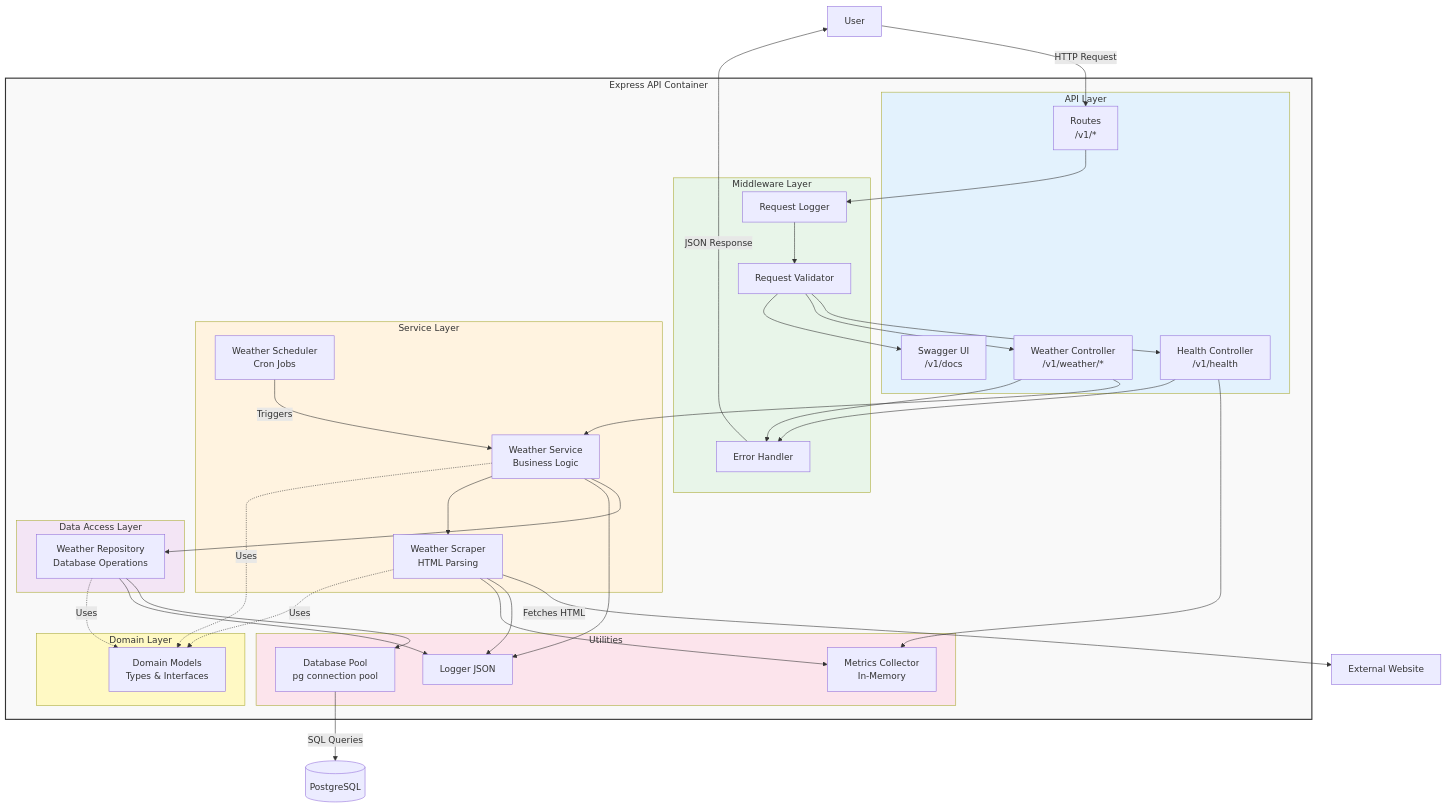
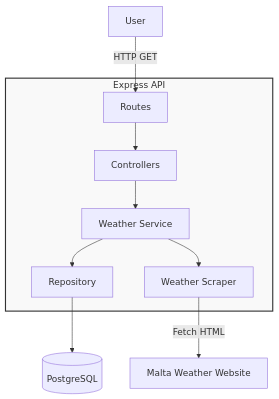
Before and after one commit to jeencs/Malta-weather-api: the diagram in docs/c4-component.md, drawn with Mermaid. The commit also changed other lines of this file, not shown here.

Commit message:
docs: simplify C4 component diagram documentation

````diff
--- a/docs/c4-component.md
+++ b/docs/c4-component.md
@@ -5,81 +5,25 @@
 ```mermaid
 graph TB
     User[User]
-    ExternalWebsite[External Website]
-    Database[(PostgreSQL)]
+    Website[Malta Weather Website]
+    DB[(PostgreSQL)]
     
-    subgraph ExpressAPIContainer[Express API Container]
-        subgraph Middleware[Middleware Layer]
-            RequestLogger[Request Logger]
-            ErrorHandler[Error Handler]
-            Validator[Request Validator]
-        end
-        
-        subgraph APILayer[API Layer]
-            Routes[Routes<br/>/v1/*]
-            HealthController[Health Controller<br/>/v1/health]
-            WeatherController[Weather Controller<br/>/v1/weather/*]
-            SwaggerUI[Swagger UI<br/>/v1/docs]
-        end
-        
-        subgraph ServiceLayer[Service Layer]
-            WeatherService[Weather Service<br/>Business Logic]
-            WeatherScheduler[Weather Scheduler<br/>Cron Jobs]
-            WeatherScraper[Weather Scraper<br/>HTML Parsing]
-        end
-        
-        subgraph DataLayer[Data Access Layer]
-            WeatherRepository[Weather Repository<br/>Database Operations]
-        end
-        
-        subgraph DomainLayer[Domain Layer]
-            DomainModels[Domain Models<br/>Types & Interfaces]
-        end
-        
-        subgraph UtilsLayer[Utilities]
-            Logger[Logger JSON]
-            Metrics[Metrics Collector<br/>In-Memory]
-            DBPool[Database Pool<br/>pg connection pool]
-        end
+    subgraph API[Express API]
+        Routes[Routes]
+        Controllers[Controllers]
+        Service[Weather Service]
+        Scraper[Weather Scraper]
+        Repository[Repository]
     end
     
-    User -->|HTTP Request| Routes
-    Routes --> RequestLogger
-    RequestLogger --> Validator
-    Validator --> HealthController
-    Validator --> WeatherController
-    Validator --> SwaggerUI
+    User -->|HTTP GET| Routes
+    Routes --> Controllers
+    Controllers --> Service
+    Service --> Repository
+    Repository --> DB
     
-   
-    HealthController --> Metrics
-    WeatherController --> WeatherService
+    Service --> Scraper
+    Scraper -->|Fetch HTML| Website
     
-    WeatherService --> WeatherRepository
-    WeatherService --> Logger
-    
-    WeatherScheduler -->|Triggers| WeatherService
-    WeatherService --> WeatherScraper
-    WeatherScraper -->|Fetches HTML| ExternalWebsite
-    WeatherScraper --> Logger
-    WeatherScraper --> Metrics
-    
-    WeatherRepository --> DBPool
-    WeatherRepository --> Logger
-    DBPool -->|SQL Queries| Database
-    
-    WeatherController --> ErrorHandler
-    HealthController --> ErrorHandler
-    ErrorHandler -->|JSON Response| User
-    
-    WeatherService -.Uses.-> DomainModels
-    WeatherScraper -.Uses.-> DomainModels
-    WeatherRepository -.Uses.-> DomainModels
-    
-    style ExpressAPIContainer fill:#f9f9f9,stroke:#333,stroke-width:2px
-    style APILayer fill:#e3f2fd
-    style ServiceLayer fill:#fff3e0
-    style DataLayer fill:#f3e5f5
-    style Middleware fill:#e8f5e9
-    style UtilsLayer fill:#fce4ec
-    style DomainLayer fill:#fff9c4
+    style API fill:#f9f9f9,stroke:#333,stroke-width:2px
 ```
````
